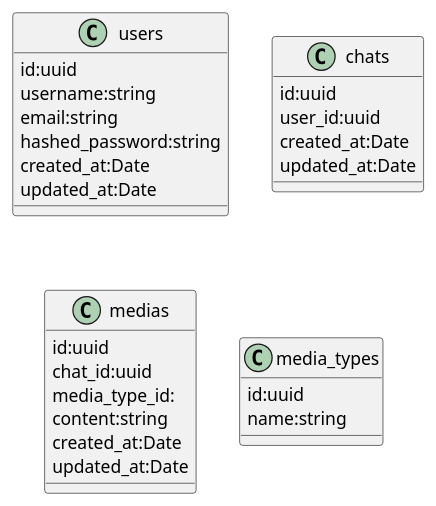
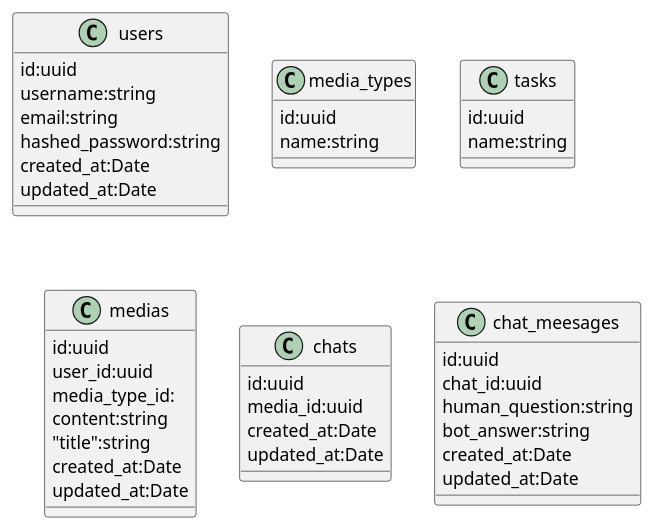
One commit to Raid-Zaki/server changed the diagram in database/schema.puml. Above: the diagram before and after it, drawn with PlantUML. The commit also changed 14 other files, not shown here.

Commit message:
exploring fast api file uploads and updating the schema

```diff
--- a/database/schema.puml
+++ b/database/schema.puml
@@ -1,36 +1,65 @@
 @startuml
 
 
 class users{
     id:uuid
     username:string 
     email:string 
     hashed_password:string 
     created_at:Date
     updated_at:Date
 }
+class media_types{
+    id:uuid
+    name:string
+}
 
-class chats{
+class tasks{
+
+    id:uuid
+    name:string
+}
+
+class medias{
     id:uuid
     user_id:uuid
+    media_type_id:
+    content:string
+    "title":string
     created_at:Date
     updated_at:Date
 }
 
-class medias{
+class chats{
     id:uuid
-    chat_id:uuid
-    media_type_id:
-    content:string
+    media_id:uuid
     created_at:Date
     updated_at:Date
 }
 
-class media_types{
+
+class chat_meesages{
     id:uuid
-    name:string
-
+    chat_id:uuid
+    human_question:string
+    bot_answer:string
+    created_at:Date
+    updated_at:Date
 }
 
 
+
+
+' class langchain_pg_embedding{
+'     id:uuid(primary)
+'     embedding:float[]
+'     collection_id:uuid
+' }
+
+' class media_embeddings{
+'     media_id:uuid
+'     collection_id:uuid
+' }
+
+
 @enduml
```
